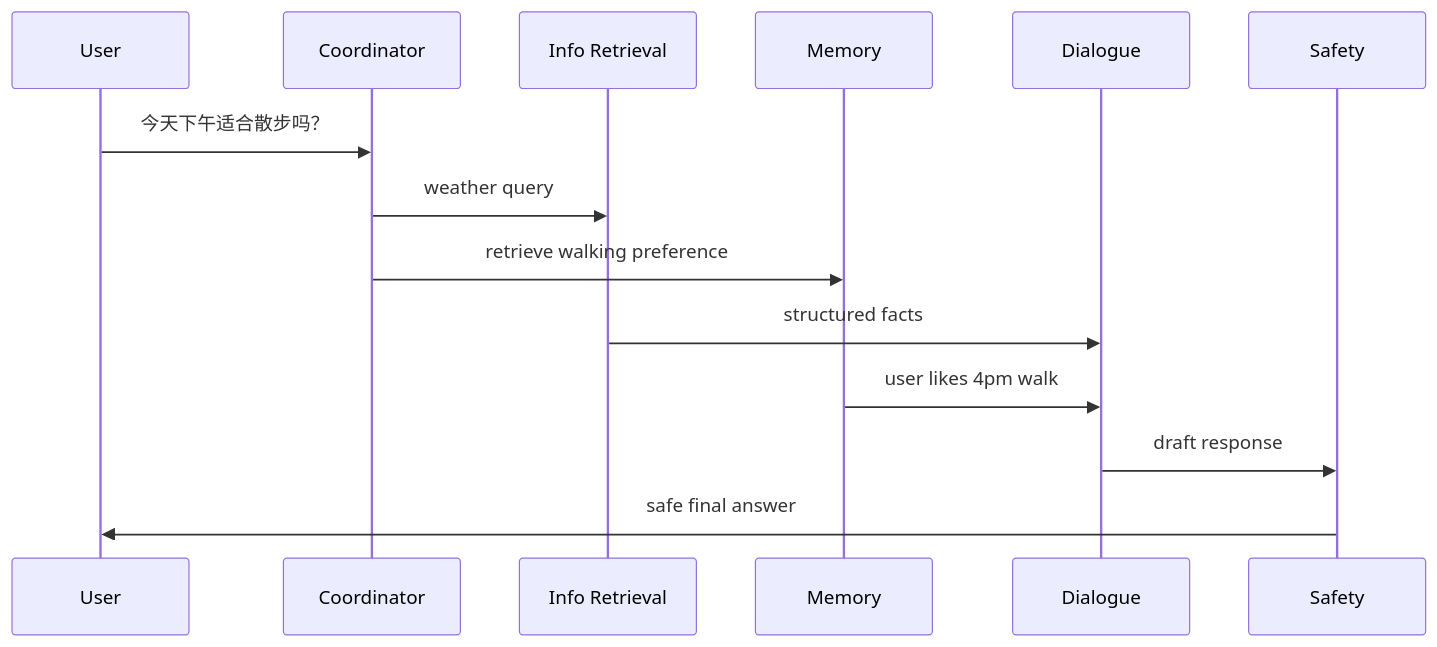
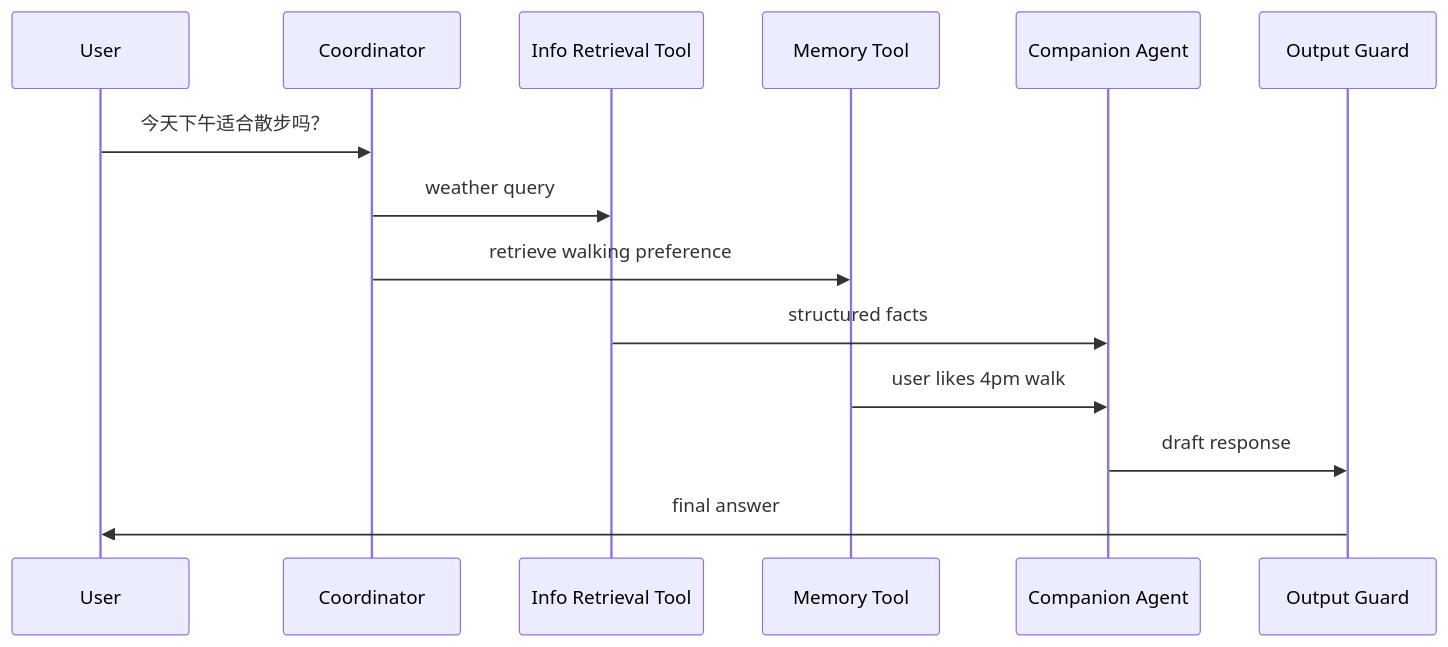
One commit to zhikangSu/nekoneko changed the fourth of 5 diagrams in 02_technical_roadmap_elderly_multi_agent_companion_ai.md. Above: the diagram before and after it, drawn with Mermaid. The commit also changed other lines of this file and 4 other files, not shown here.

````diff
--- a/02_technical_roadmap_elderly_multi_agent_companion_ai.md
+++ b/02_technical_roadmap_elderly_multi_agent_companion_ai.md
@@ -612,17 +794,17 @@
 ```mermaid
 sequenceDiagram
     participant U as User
     participant C as Coordinator
-    participant W as Info Retrieval
-    participant M as Memory
-    participant D as Dialogue
-    participant S as Safety
+    participant W as Info Retrieval Tool
+    participant M as Memory Tool
+    participant A as Companion Agent
+    participant OG as Output Guard
 
     U->>C: 今天下午适合散步吗？
     C->>W: weather query
     C->>M: retrieve walking preference
-    W->>D: structured facts
-    M->>D: user likes 4pm walk
-    D->>S: draft response
-    S->>U: safe final answer
+    W->>A: structured facts
+    M->>A: user likes 4pm walk
+    A->>OG: draft response
+    OG->>U: final answer
 ```
````
